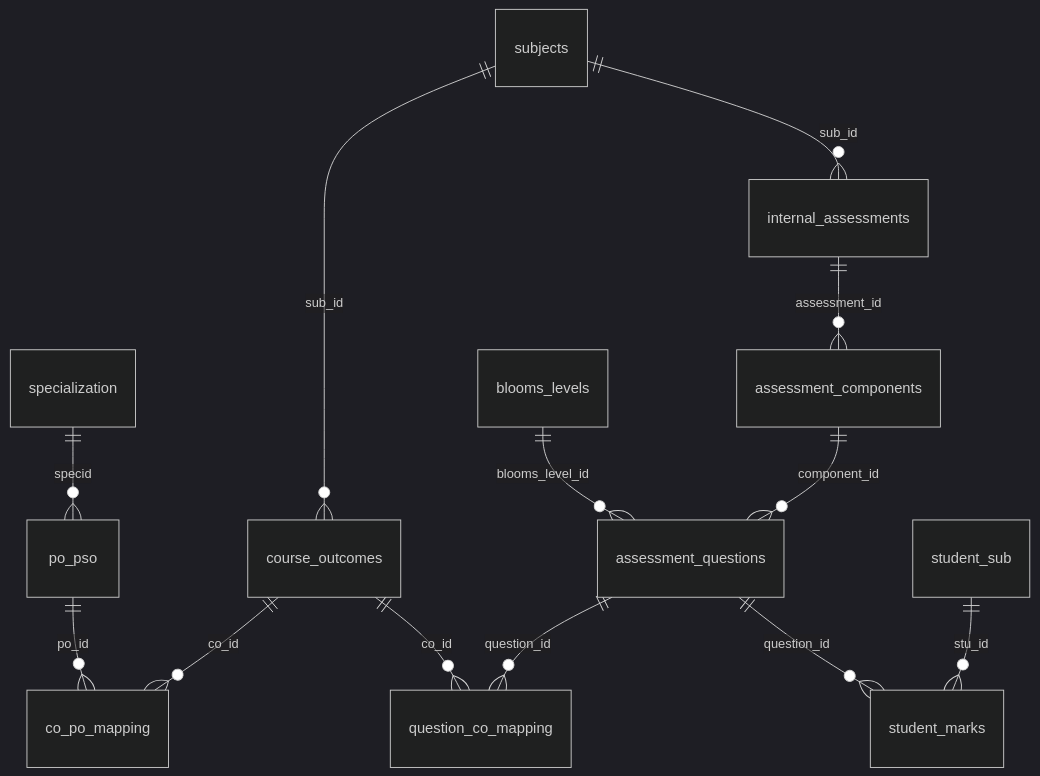
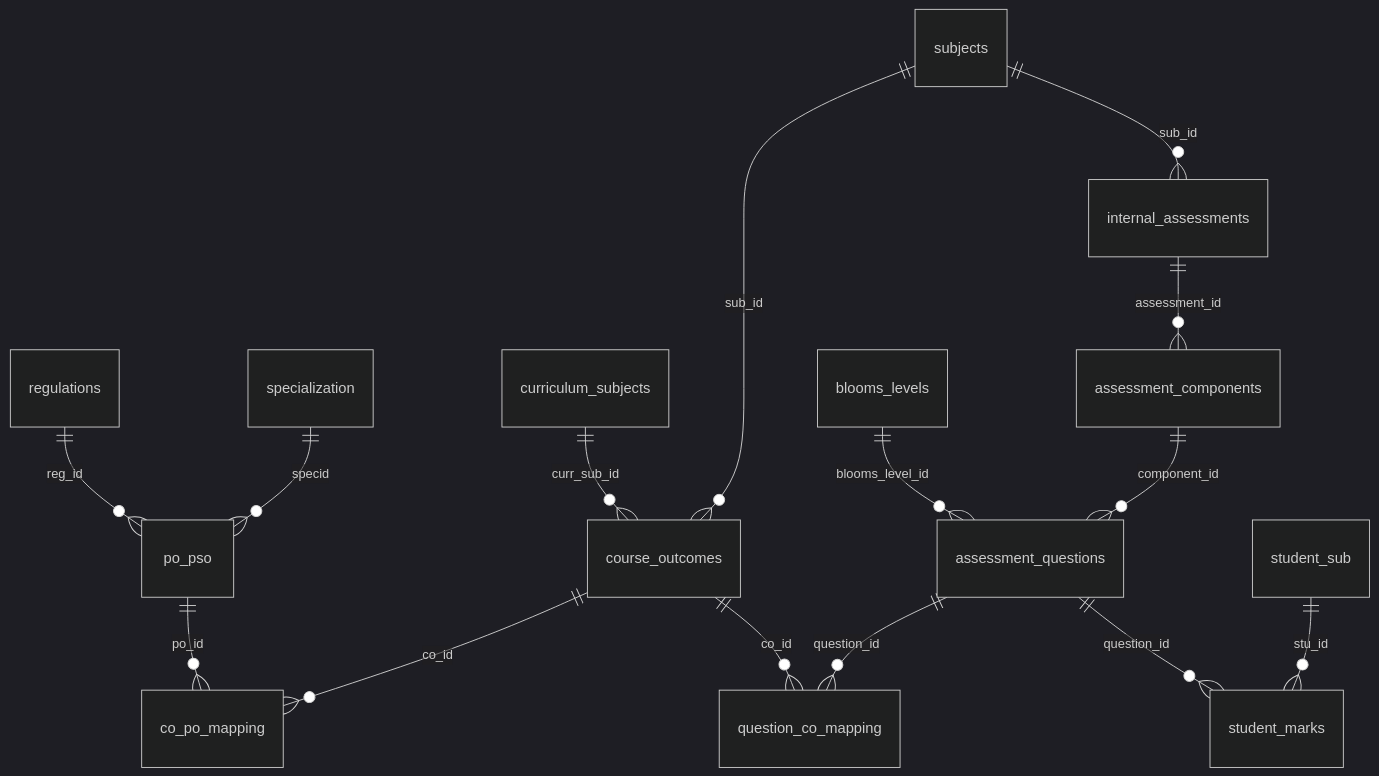
Before and after one commit to katamanilprojects/sarb_cea: the fifth of 7 diagrams in docs/database/relationships.md, drawn with Mermaid (dark theme). The commit also changed other lines of this file and 17 other files, not shown here.

````diff
--- a/docs/database/relationships.md
+++ b/docs/database/relationships.md
@@ -152,19 +172,21 @@
 ```mermaid
 erDiagram
     subjects ||--o{ course_outcomes : "sub_id"
+    curriculum_subjects ||--o{ course_outcomes : "curr_sub_id"
     specialization ||--o{ po_pso : "specid"
+    regulations ||--o{ po_pso : "reg_id"
 
     course_outcomes ||--o{ co_po_mapping : "co_id"
     po_pso ||--o{ co_po_mapping : "po_id"
 
     subjects ||--o{ internal_assessments : "sub_id"
     internal_assessments ||--o{ assessment_components : "assessment_id"
     assessment_components ||--o{ assessment_questions : "component_id"
     blooms_levels ||--o{ assessment_questions : "blooms_level_id"
 
     assessment_questions ||--o{ question_co_mapping : "question_id"
     course_outcomes ||--o{ question_co_mapping : "co_id"
 
     student_sub ||--o{ student_marks : "stu_id"
     assessment_questions ||--o{ student_marks : "question_id"
 ```
````
